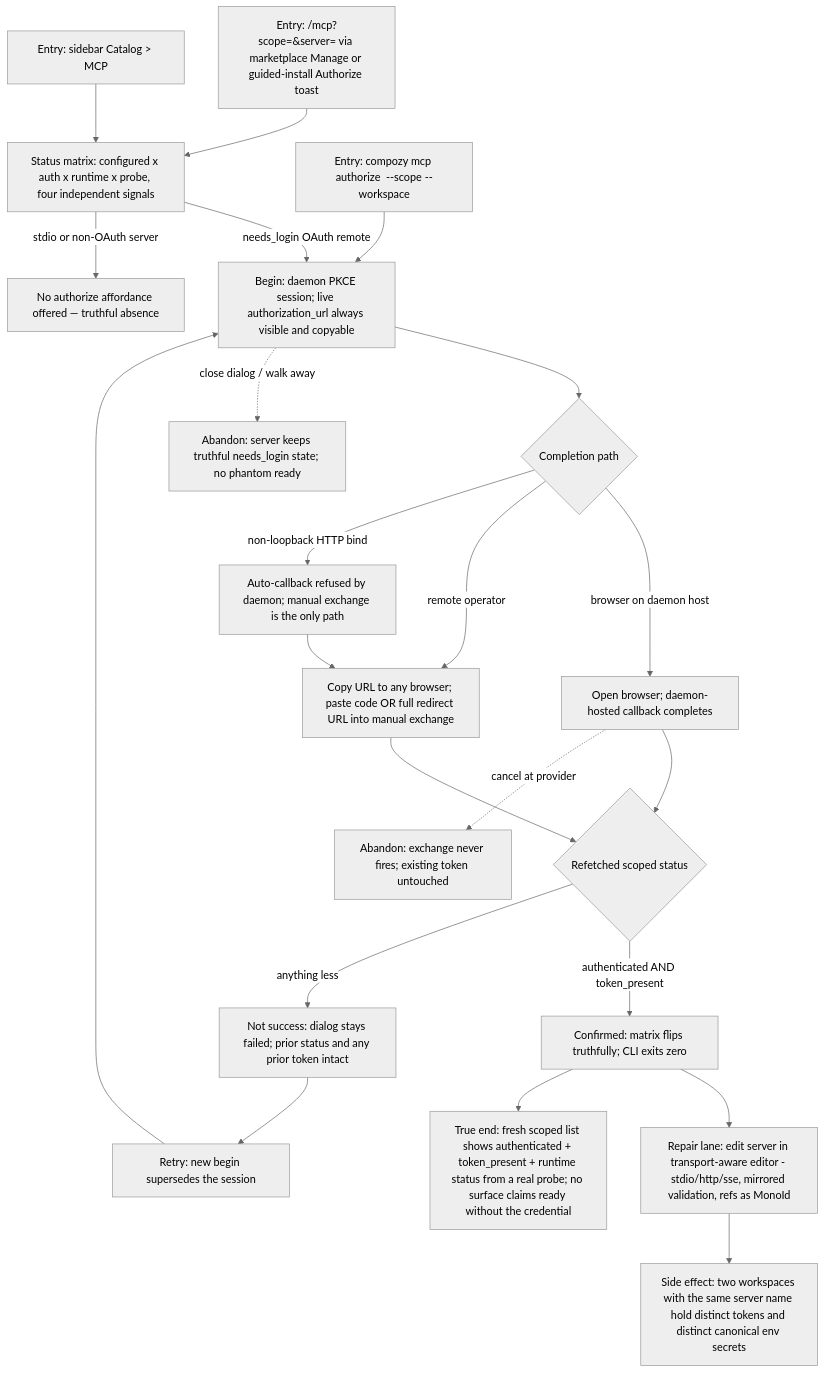
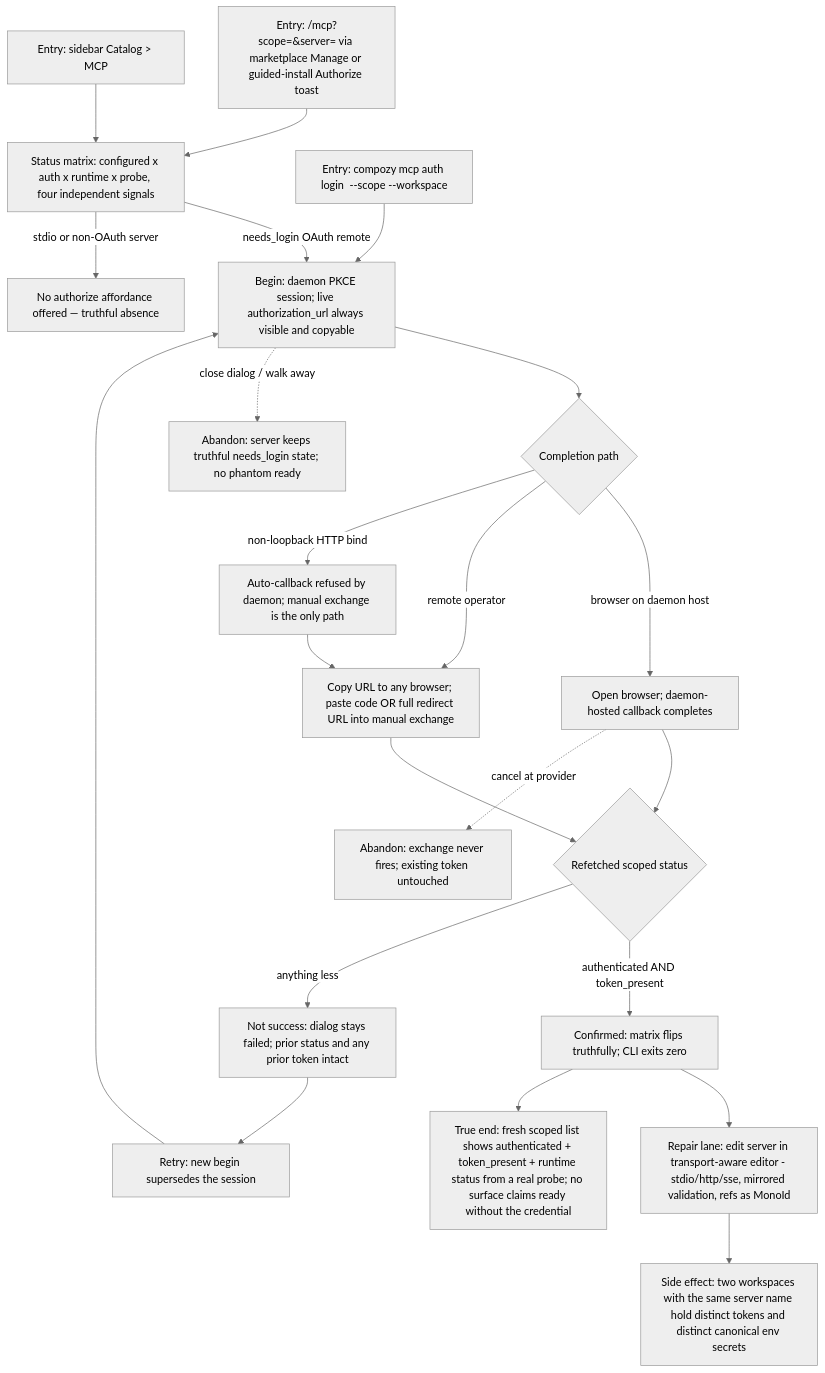
One commit to compozy/compozy changed the diagram in docs/qa/journeys/J-mcp-authorize-repair.md. Above: the diagram before and after it, drawn with Mermaid (neutral theme). The commit also changed other lines of this file and 583 other files, not shown here.

````diff
--- a/docs/qa/journeys/J-mcp-authorize-repair.md
+++ b/docs/qa/journeys/J-mcp-authorize-repair.md
@@ -5,24 +5,24 @@
 ```mermaid
 flowchart TD
   A[Entry: /mcp?scope=&server= via marketplace Manage or guided-install Authorize toast] --> B[Status matrix: configured x auth x runtime x probe, four independent signals]
-  A2[Entry: compozy mcp authorize <name> --scope --workspace] --> C
+  A2[Entry: compozy mcp auth login <name> --scope --workspace] --> C
   A3[Entry: sidebar Catalog > MCP] --> B
   B -->|needs_login OAuth remote| C[Begin: daemon PKCE session; live authorization_url always visible and copyable]
   B -->|stdio or non-OAuth server| B2[No authorize affordance offered — truthful absence]
   C --> D{Completion path}
   D -->|browser on daemon host| E[Open browser; daemon-hosted callback completes]
   D -->|remote operator| F[Copy URL to any browser; paste code OR full redirect URL into manual exchange]
   D -->|non-loopback HTTP bind| F2[Auto-callback refused by daemon; manual exchange is the only path]
   F2 --> F
   E --> G{Refetched scoped status}
   F --> G
   G -->|authenticated AND token_present| H[Confirmed: matrix flips truthfully; CLI exits zero]
   G -->|anything less| I[Not success: dialog stays failed; prior status and any prior token intact]
   I --> C2[Retry: new begin supersedes the session]
   C2 --> C
   C -.->|close dialog / walk away| X1[Abandon: server keeps truthful needs_login state; no phantom ready]
   E -.->|cancel at provider| X2[Abandon: exchange never fires; existing token untouched]
   H --> J[Repair lane: edit server in transport-aware editor - stdio/http/sse, mirrored validation, refs as MonoId]
   J --> K[Side effect: two workspaces with the same server name hold distinct tokens and distinct canonical env secrets]
   H --> L[True end: fresh scoped list shows authenticated + token_present + runtime status from a real probe; no surface claims ready without the credential]
 ```
````
